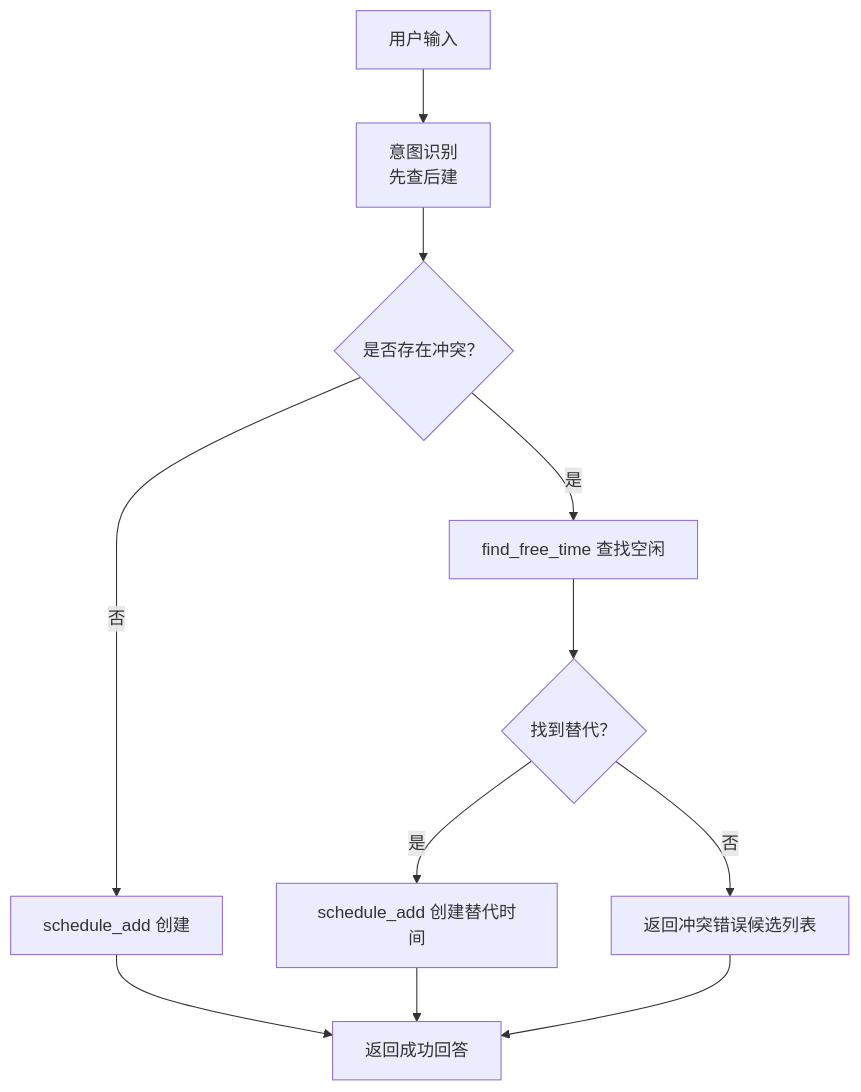
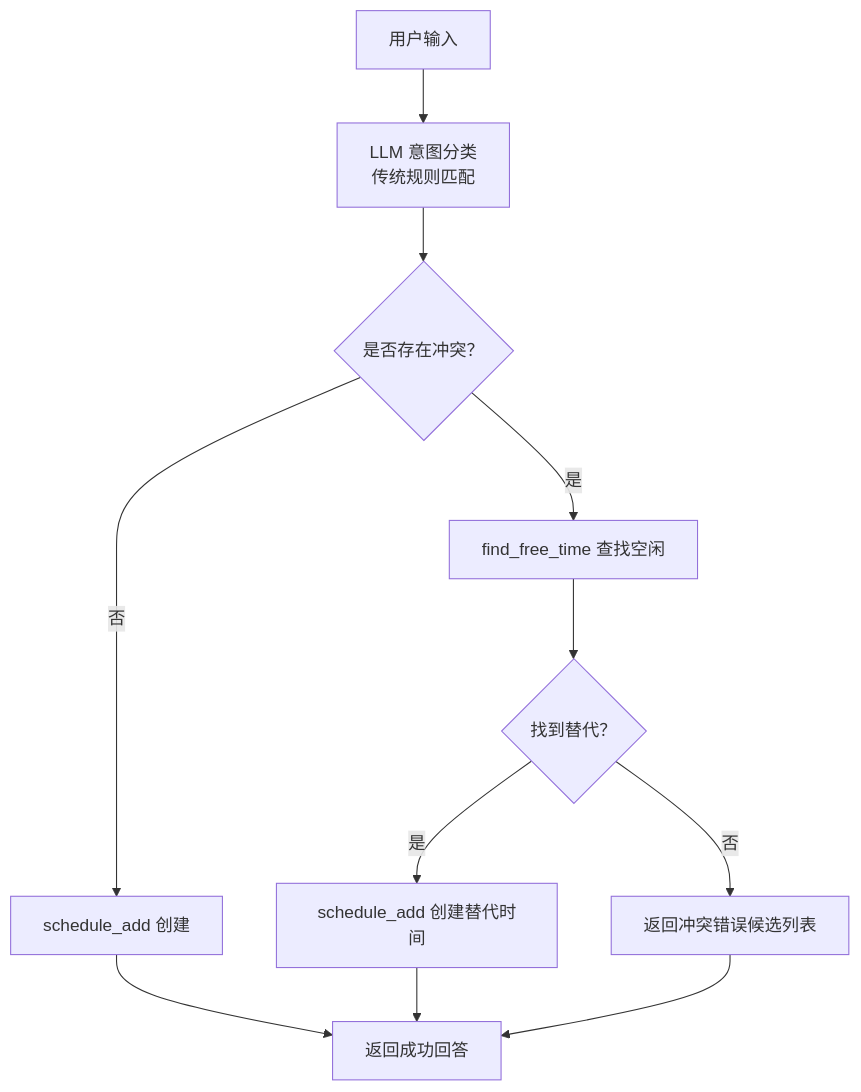
Before and after one commit to hrygo/memos: the fourth of 5 diagrams in .qoder/repowiki/zh/content/API 接口文档/服务接口规范/AI 服务 API/日程代理 API.md, drawn with Mermaid. The commit also changed other lines of this file and 29 other files, not shown here.

````diff
--- a/.qoder/repowiki/zh/content/API 接口文档/服务接口规范/AI 服务 API/日程代理 API.md
+++ b/.qoder/repowiki/zh/content/API 接口文档/服务接口规范/AI 服务 API/日程代理 API.md
@@ -215,13 +302,13 @@
 ```mermaid
 flowchart TD
-A["用户输入"] --> B["意图识别<br/>先查后建"]
+A["用户输入"] --> B["LLM 意图分类<br/>传统规则匹配"]
 B --> C{"是否存在冲突？"}
 C --> |否| D["schedule_add 创建"]
 C --> |是| E["find_free_time 查找空闲"]
 E --> F{"找到替代？"}
 F --> |是| G["schedule_add 创建替代时间"]
 F --> |否| H["返回冲突错误候选列表"]
 D --> I["返回成功回答"]
 G --> I
 H --> I
 ```
````
